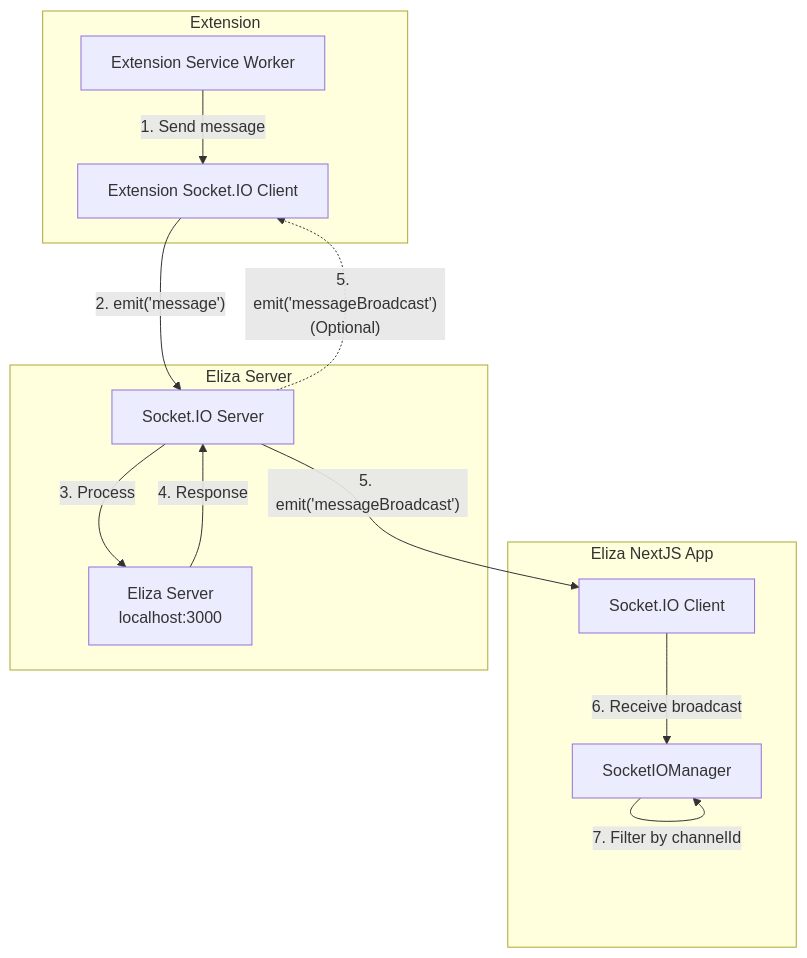
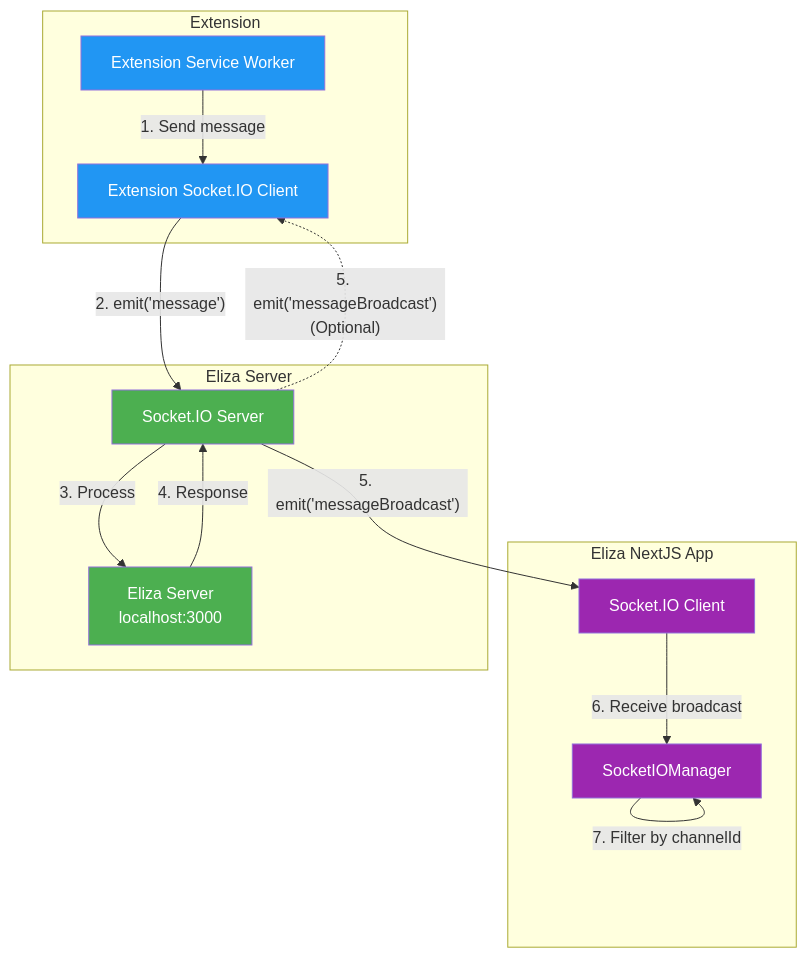
One commit to elizaOS/docs changed the diagram in runtime/messaging.mdx. Above: the diagram before and after it, drawn with Mermaid. The commit also changed 10 other files, not shown here.

Commit message:
improve mermaids

````diff
--- a/runtime/messaging.mdx
+++ b/runtime/messaging.mdx
@@ -16,31 +16,39 @@
 ```mermaid
-graph TD
+flowchart TD
     subgraph "Extension"
         A[Extension Service Worker]
         B[Extension Socket.IO Client]
     end
     
     subgraph "Eliza NextJS App"
         C[SocketIOManager]
         D[Socket.IO Client]
     end
     
     subgraph "Eliza Server"
         E[Eliza Server<br/>localhost:3000]
         F[Socket.IO Server]
     end
     
     %% Extension to Server flow
     A -->|"1. Send message"| B
     B -->|"2. emit('message')"| F
     F -->|"3. Process"| E
     E -->|"4. Response"| F
     
     %% Server broadcasts to clients
     F -->|"5. emit('messageBroadcast')"| D
     F -.->|"5. emit('messageBroadcast')<br/>(Optional)"| B
     
     %% Internal app flow
     D -->|"6. Receive broadcast"| C
     C -->|"7. Filter by channelId"| C
+    
+    classDef extension fill:#2196f3,color:#fff
+    classDef server fill:#4caf50,color:#fff
+    classDef client fill:#9c27b0,color:#fff
+    
+    class A,B extension
+    class E,F server
+    class C,D client
 ```
````
